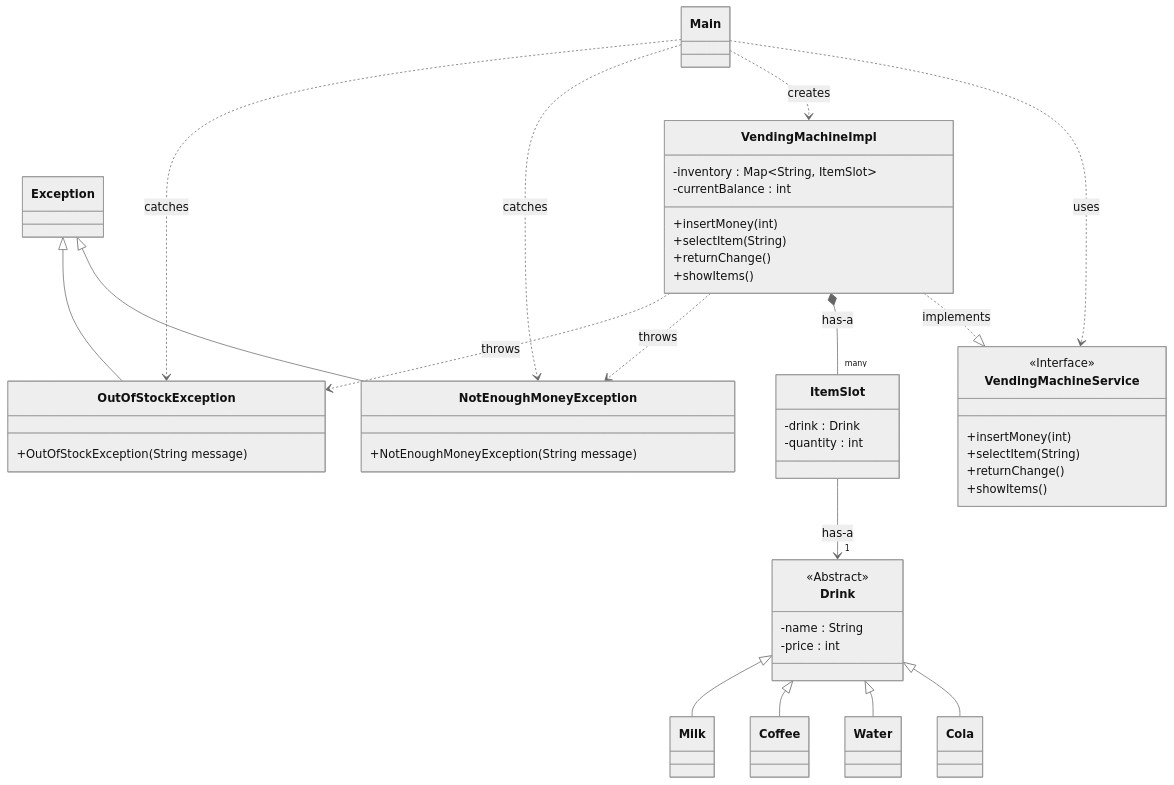
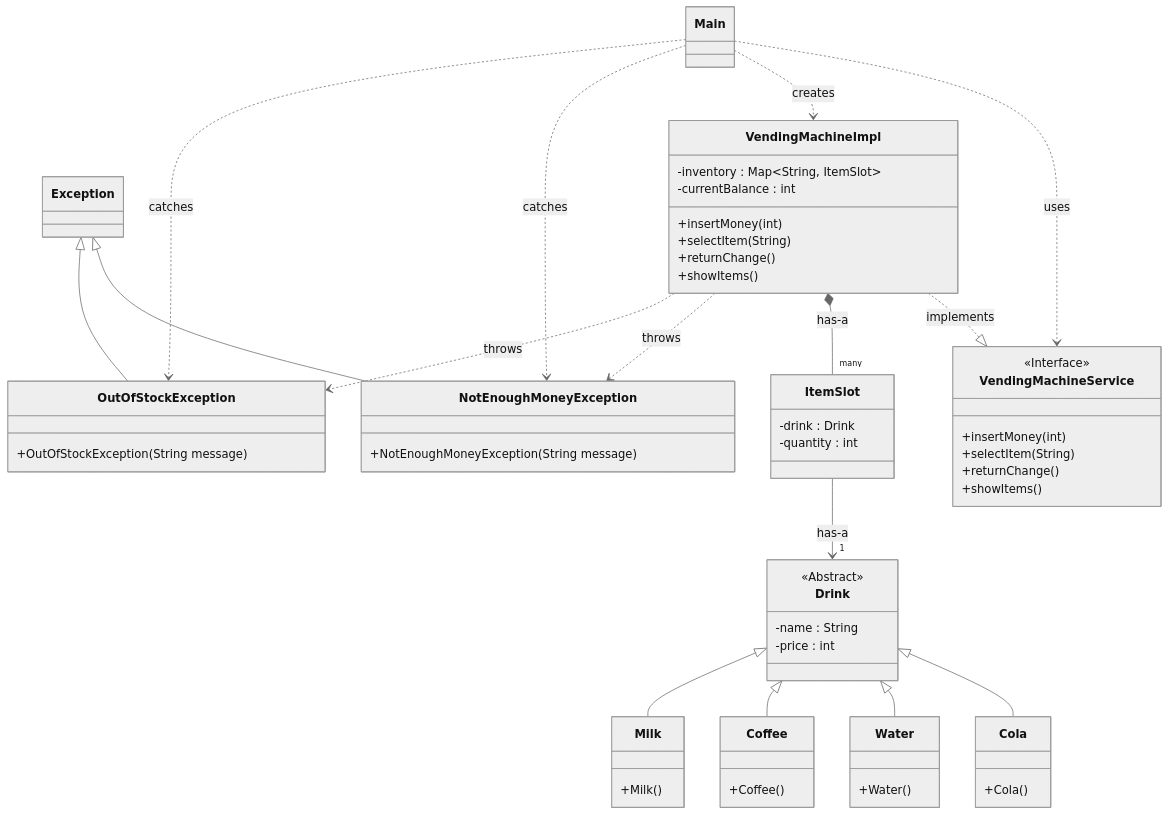
The diagram in README.md (shanekang1/java-vending-machine), drawn with Mermaid (neutral theme) before and after one commit.

````diff
--- a/README.md
+++ b/README.md
@@ -25,73 +25,81 @@
 ```mermaid
 classDiagram
 
     class Main
     class Exception
     class VendingMachineService {
         <<Interface>>
         +insertMoney(int)
         +selectItem(String)
         +returnChange()
         +showItems()
     }
     class VendingMachineImpl {
         -inventory : Map~String, ItemSlot~
         -currentBalance : int
         +insertMoney(int)
         +selectItem(String)
         +returnChange()
         +showItems()
     }
     class Drink {
         <<Abstract>>
         -name : String
         -price : int
     }
     class ItemSlot {
         -drink : Drink
         -quantity : int
     }
 
-    class Cola
-    class Water
-    class Coffee
-    class Milk
+   class Cola {
+        +Cola()
+    }
+    class Water {
+        +Water()
+    }
+    class Coffee {
+        +Coffee()
+    }
+    class Milk {
+        +Milk()
+    }
     
     class NotEnoughMoneyException {
 +NotEnoughMoneyException(String message)
     }
     class OutOfStockException {
 +OutOfStockException(String message)
     }
     %% --- 1. Main dependency ---
     Main ..> VendingMachineService : uses
     Main ..> VendingMachineImpl : creates
     Main ..> NotEnoughMoneyException : catches
     Main ..> OutOfStockException : catches
 
     
     %% --- 2. Interface implementation ---
     VendingMachineImpl ..|> VendingMachineService : implements
 
     
     %% --- 3. Object composition (Map) ---
     VendingMachineImpl *-- "many" ItemSlot : has-a
     ItemSlot --> "1" Drink : has-a
 
     
     %% --- 4. Inheritance ---
     Drink <|-- Cola
     Drink <|-- Water
     Drink <|-- Coffee
     Drink <|-- Milk
 
     
     %% --- 5. Exception inheritance ---
     Exception <|-- NotEnoughMoneyException
     Exception <|-- OutOfStockException
 
     
     %% --- 6. Exception throwing ---
     VendingMachineImpl ..> NotEnoughMoneyException : throws
     VendingMachineImpl ..> OutOfStockException : throws
 ```
````
